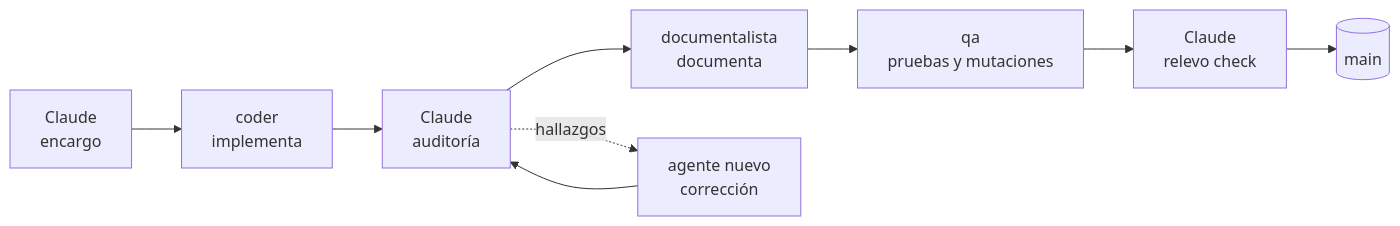
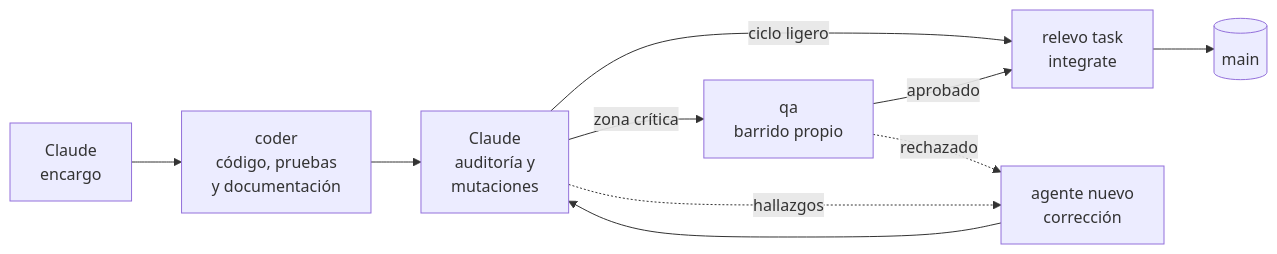
The diagram in README.md (CrisAcalo/relevo), drawn with Mermaid before and after one commit. The commit also changed other lines of this file and 1 other file, not shown here.

````diff
--- a/README.md
+++ b/README.md
@@ -40,11 +46,12 @@
 ```mermaid
 flowchart LR
-    A[Claude<br>encargo] --> B[coder<br>implementa]
-    B --> C[Claude<br>auditoría]
-    C --> D[documentalista<br>documenta]
-    D --> E[qa<br>pruebas y mutaciones]
-    E --> F[Claude<br>relevo check]
+    A[Claude<br>encargo] --> B[coder<br>código, pruebas<br>y documentación]
+    B --> C[Claude<br>auditoría y<br>mutaciones]
+    C -->|ciclo ligero| F[relevo task<br>integrate]
+    C -->|zona crítica| E[qa<br>barrido propio]
+    E -->|aprobado| F
+    E -. rechazado .-> H[agente nuevo<br>corrección]
+    C -. hallazgos .-> H
+    H --> C
     F --> G[(main)]
-    C -. hallazgos .-> H[agente nuevo<br>corrección]
-    H --> C
 ```
````
